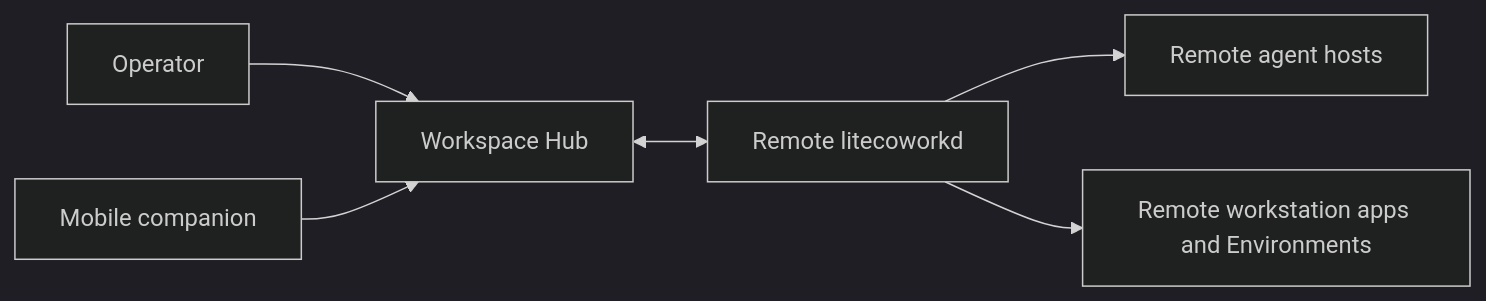
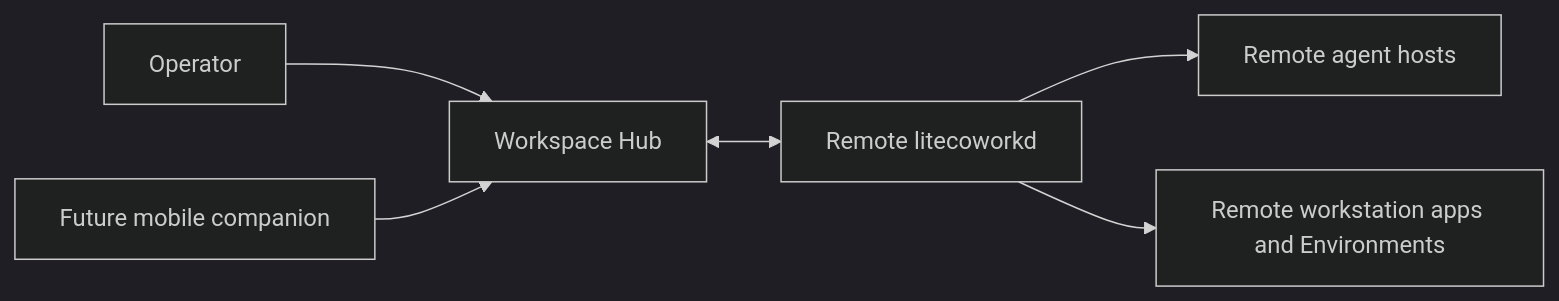
The third of 3 diagrams in ARCHITECTURE.md (sarv-projects/litecowork), drawn with Mermaid (dark theme) before and after one commit. The commit also changed other lines of this file and 39 other files, not shown here.

````diff
--- a/ARCHITECTURE.md
+++ b/ARCHITECTURE.md
@@ -347,8 +347,8 @@
 ```mermaid
 flowchart LR
     O3[Operator] --> H3[Workspace Hub]
     H3 <--> RD[Remote litecoworkd]
     RD --> RA[Remote agent hosts]
     RD --> RE[Remote workstation apps and Environments]
-    M[Mobile companion] --> H3
+    M[Future mobile companion] --> H3
 ```
````
